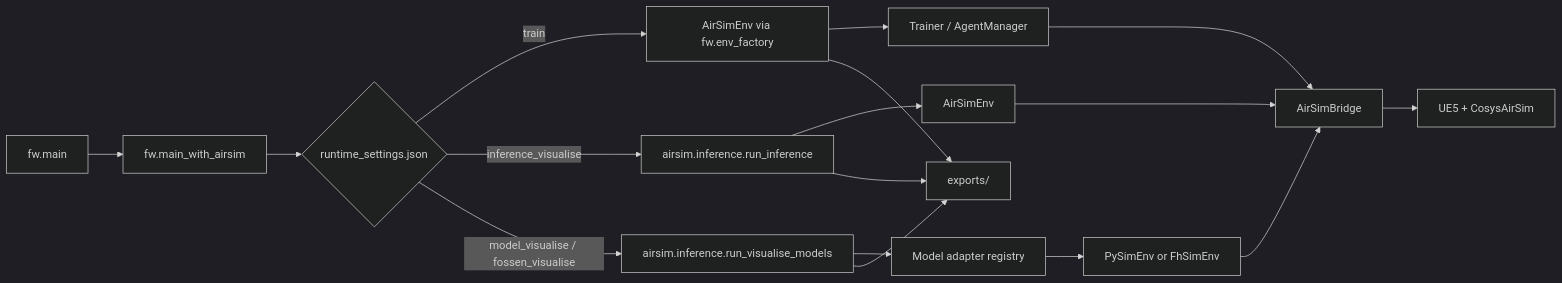
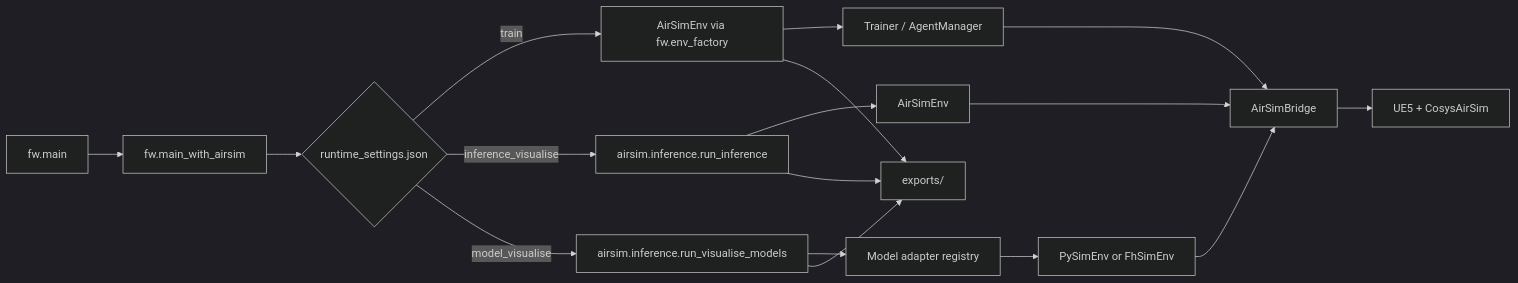
Before and after one commit to UAntwerpM4S/RudoLF: the first of 2 diagrams in src/airsim/README.md, drawn with Mermaid (dark theme). The commit also changed other lines of this file and 22 other files, not shown here.

````diff
--- a/src/airsim/README.md
+++ b/src/airsim/README.md
@@ -34,23 +41,23 @@
 ```mermaid
 flowchart LR
     A["fw.main"] --> B["fw.main_with_airsim"]
     B --> C{"runtime_settings.json"}
 
     C -->|train| D["AirSimEnv via fw.env_factory"]
     D --> E["Trainer / AgentManager"]
     E --> F["AirSimBridge"]
     F --> G["UE5 + CosysAirSim"]
 
     C -->|inference_visualise| H["airsim.inference.run_inference"]
     H --> I["AirSimEnv"]
     I --> F
 
-    C -->|model_visualise / fossen_visualise| J["airsim.inference.run_visualise_models"]
+    C -->|model_visualise| J["airsim.inference.run_visualise_models"]
     J --> K["Model adapter registry"]
     K --> L["PySimEnv or FhSimEnv"]
     L --> F
 
     H --> M["exports/<session>"]
     J --> M
     D --> M
 ```
````
